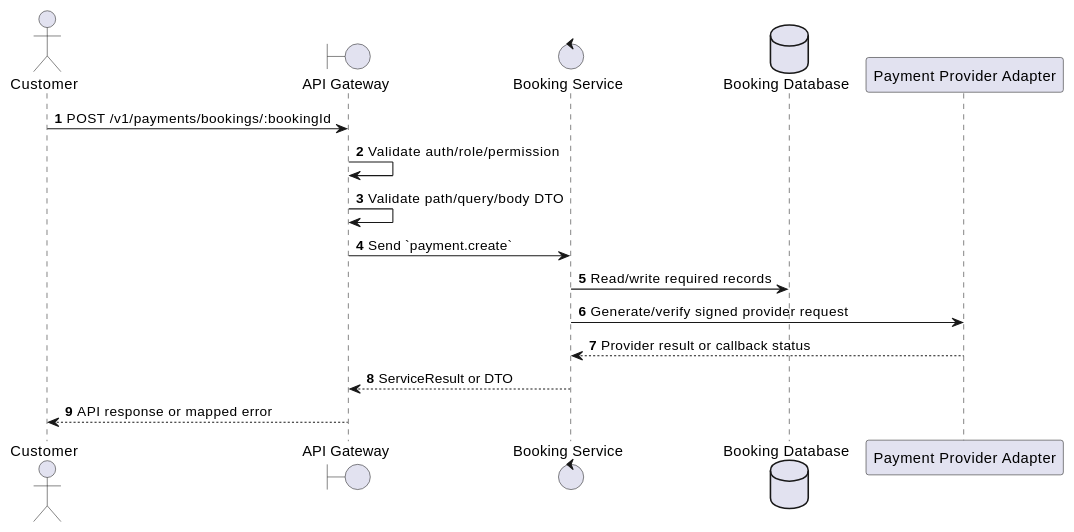
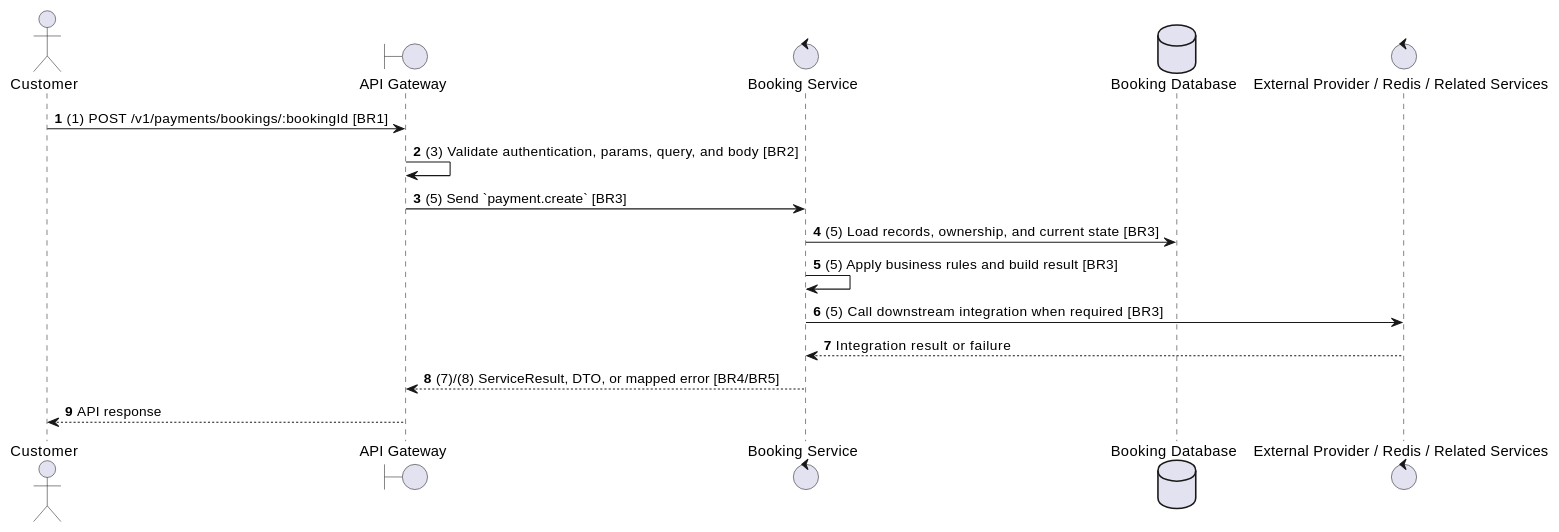
Before and after one commit to Tanh1603/movie-hub-architecture: the second of 2 diagrams in docs/functional_specs/3.6_Payment_Transaction_Module/PY-01_Create_Payment.md, drawn with PlantUML. The commit also changed other lines of this file and 129 other files, not shown here.

````diff
--- a/docs/functional_specs/3.6_Payment_Transaction_Module/PY-01_Create_Payment.md
+++ b/docs/functional_specs/3.6_Payment_Transaction_Module/PY-01_Create_Payment.md
@@ -17,20 +64,20 @@
 ```plantuml
 @startuml
 autonumber
 actor "Customer" as Actor
 boundary "API Gateway" as GW
 control "Booking Service" as SVC
 database "Booking Database" as DB
-participant "Payment Provider Adapter" as Provider
+control "External Provider / Redis / Related Services" as EXT
 
-Actor -> GW: POST /v1/payments/bookings/:bookingId
-GW -> GW: Validate auth/role/permission
-GW -> GW: Validate path/query/body DTO
-GW -> SVC: Send `payment.create`
-SVC -> DB: Read/write required records
-SVC -> Provider: Generate/verify signed provider request
-Provider --> SVC: Provider result or callback status
-SVC --> GW: ServiceResult or DTO
-GW --> Actor: API response or mapped error
+Actor -> GW: (1) POST /v1/payments/bookings/:bookingId [BR1]
+GW -> GW: (3) Validate authentication, params, query, and body [BR2]
+GW -> SVC: (5) Send `payment.create` [BR3]
+SVC -> DB: (5) Load records, ownership, and current state [BR3]
+SVC -> SVC: (5) Apply business rules and build result [BR3]
+SVC -> EXT: (5) Call downstream integration when required [BR3]
+EXT --> SVC: Integration result or failure
+SVC --> GW: (7)/(8) ServiceResult, DTO, or mapped error [BR4/BR5]
+GW --> Actor: API response
 @enduml
 ```
````
